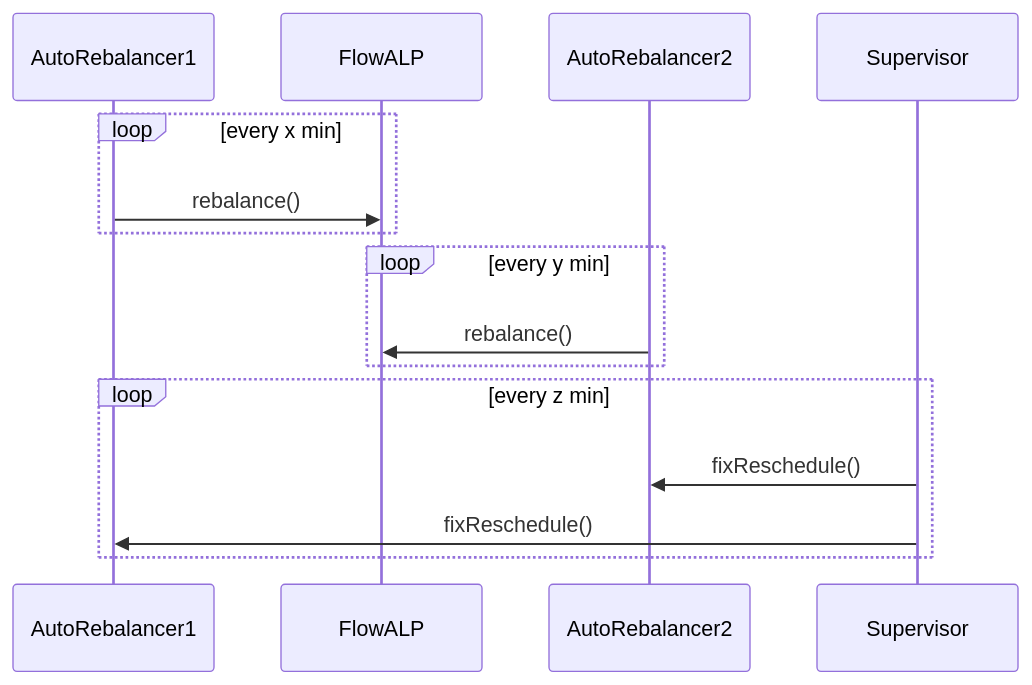
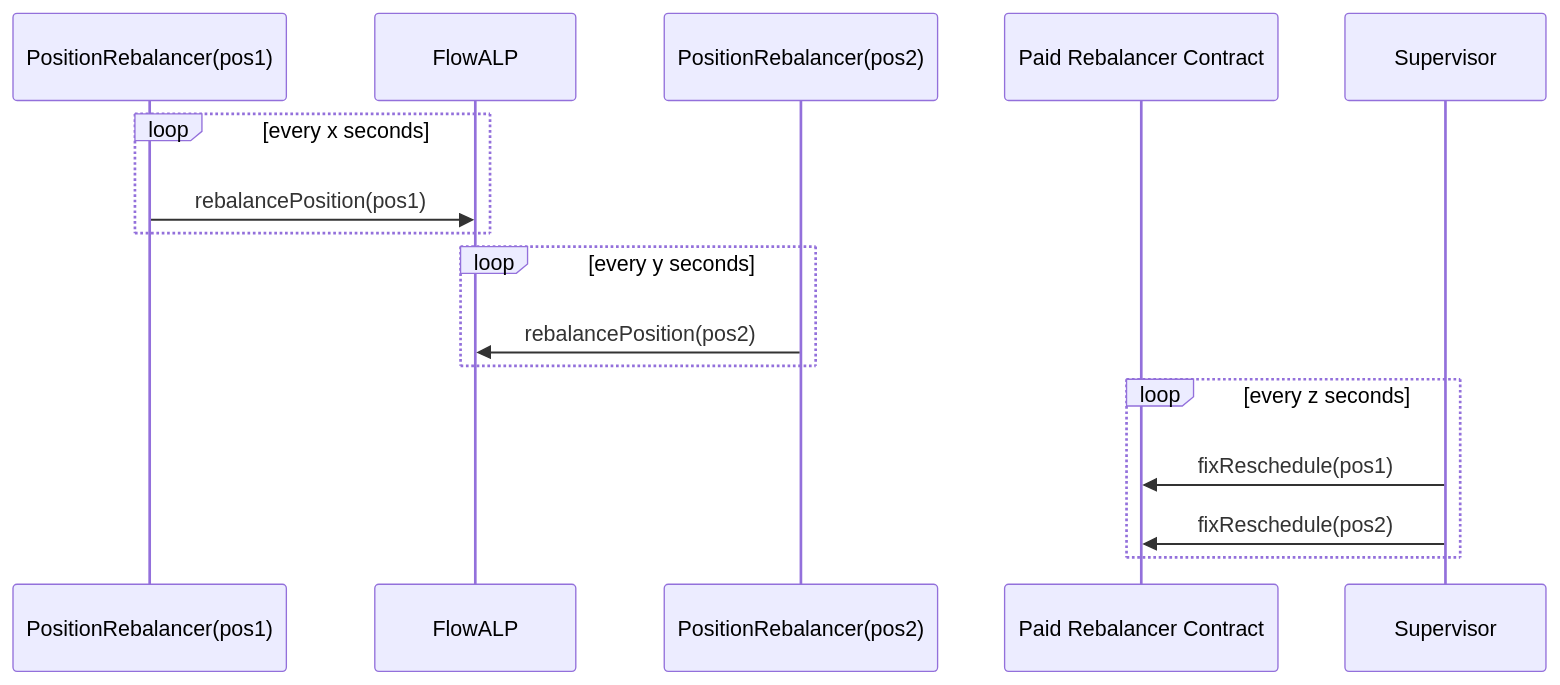
Before and after one commit to onflow/FlowALP: the third of 3 diagrams in RebalanceArchitecture.md, drawn with Mermaid. The commit also changed other lines of this file and 9 other files, not shown here.

Commit message:
refactor: simplify FlowALPRebalancerPaidv1

````diff
--- a/RebalanceArchitecture.md
+++ b/RebalanceArchitecture.md
@@ -89,17 +77,18 @@
 ```mermaid
 sequenceDiagram
-    participant AB1 as AutoRebalancer1
+    participant R1 as PositionRebalancer(pos1)
     participant FlowALP
-    participant AB2 as AutoRebalancer2
+    participant R2 as PositionRebalancer(pos2)
+    participant Paid as Paid Rebalancer Contract
     participant SUP as Supervisor
-    loop every x min
-    AB1->>FlowALP: rebalance()
+    loop every x seconds
+    R1->>FlowALP: rebalancePosition(pos1)
     end
-    loop every y min
-    AB2->>FlowALP: rebalance()
+    loop every y seconds
+    R2->>FlowALP: rebalancePosition(pos2)
     end
-    loop every z min
-    SUP->>AB2: fixReschedule()
-    SUP->>AB1: fixReschedule()
+    loop every z seconds
+    SUP->>Paid: fixReschedule(pos1)
+    SUP->>Paid: fixReschedule(pos2)
     end
 ```
````
